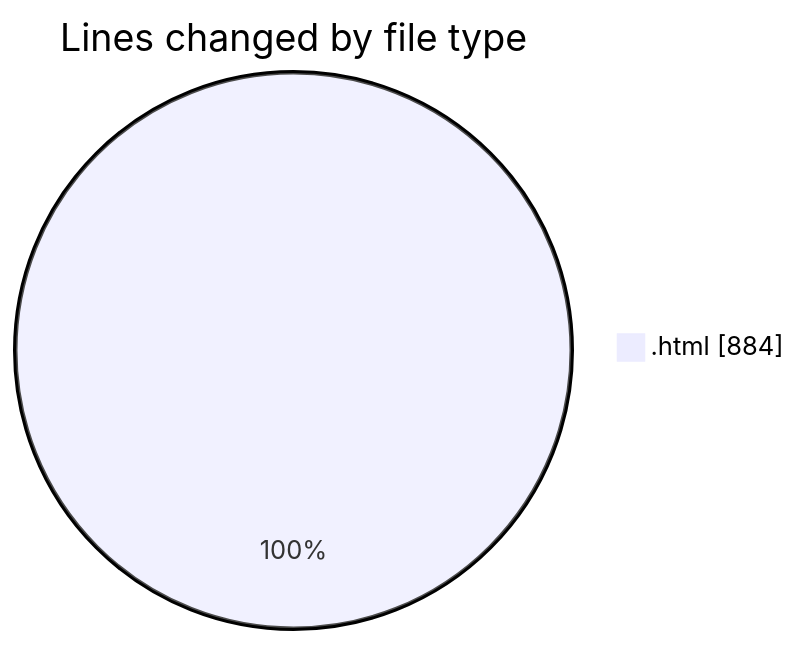
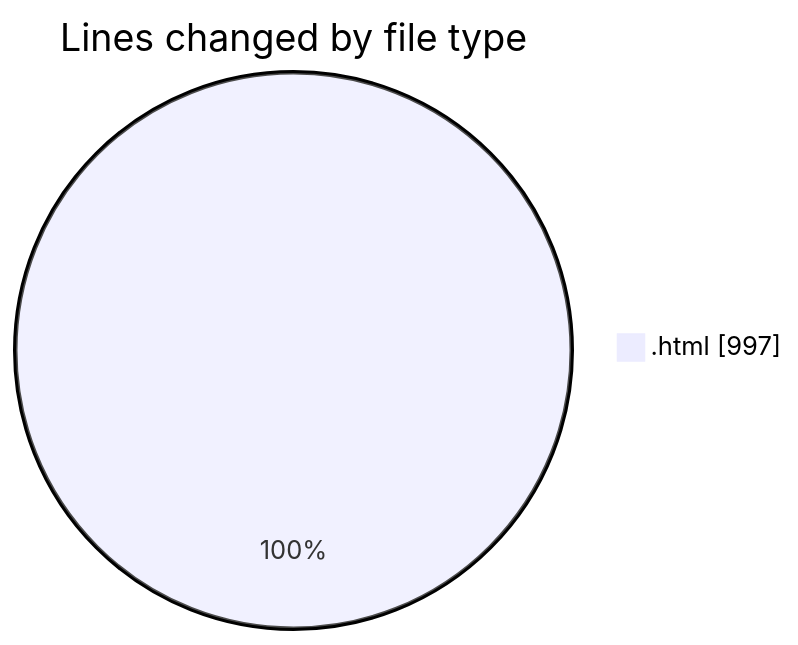
The first of 2 diagrams in 2025-08-10/nxtqube_webapp/README.md (nxtqubesakshisongat/code-tracking), drawn with Mermaid before and after one commit. The commit also changed other lines of this file and 1 other file, not shown here.

````diff
--- a/2025-08-10/nxtqube_webapp/README.md
+++ b/2025-08-10/nxtqube_webapp/README.md
@@ -21,5 +21,5 @@
 ```mermaid
 pie showData
 title Lines changed by file type
-".html" : 884
+".html" : 997
 ```
````
